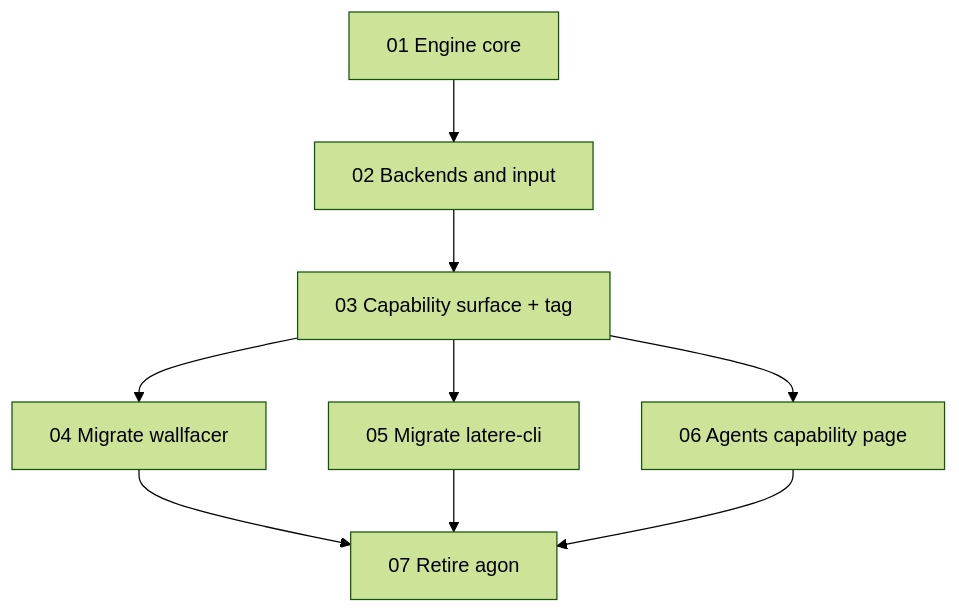
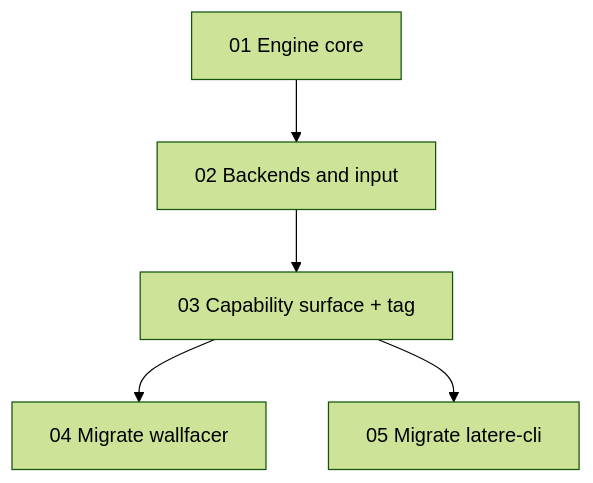
Before and after one commit to latere-ai/topos: the first of 2 diagrams in specs/.archive/013-overview.md, drawn with Mermaid (forest theme). The commit also changed other lines of this file and 9 other files, not shown here.

````diff
--- a/specs/.archive/013-overview.md
+++ b/specs/.archive/013-overview.md
@@ -146,11 +145,7 @@
 ```mermaid
 graph TD
   s01[01 Engine core] --> s02[02 Backends and input]
   s02 --> s03[03 Capability surface + tag]
   s03 --> s04[04 Migrate wallfacer]
   s03 --> s05[05 Migrate latere-cli]
-  s03 --> s06[06 Agents capability page]
-  s04 --> s07[07 Retire agon]
-  s05 --> s07
-  s06 --> s07
 ```
````
